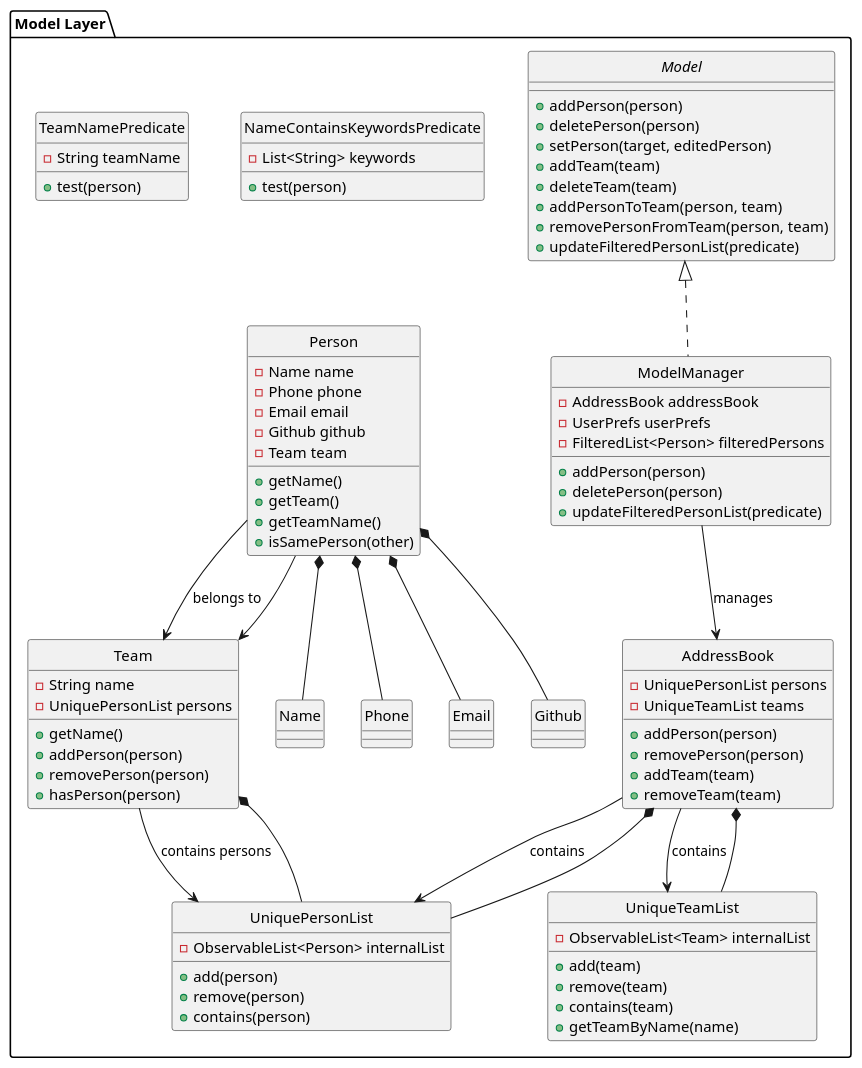
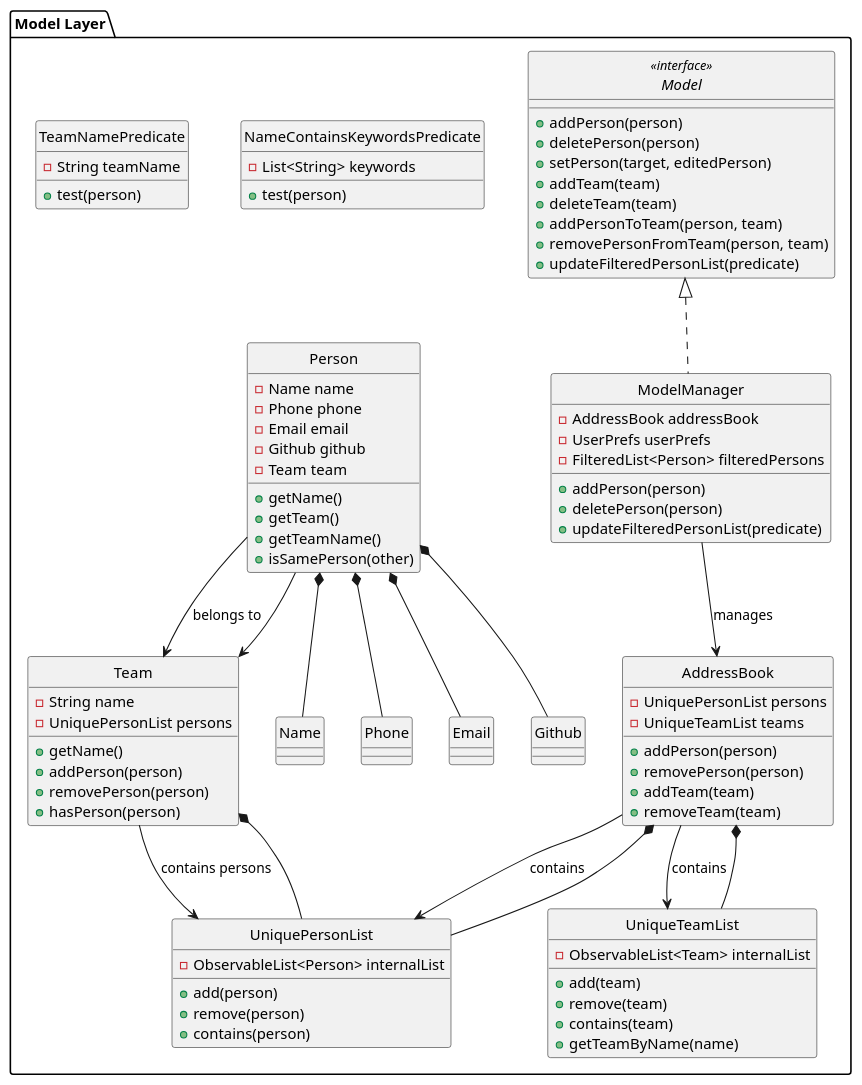
One commit to ziheng119/tp changed the diagram in docs/UML/Model.puml. Above: the diagram before and after it, drawn with PlantUML. The commit also changed 2 other files, not shown here.

Commit message:
Update interface labels

```diff
--- a/docs/UML/Model.puml
+++ b/docs/UML/Model.puml
@@ -1,97 +1,97 @@
 @startuml
 hide circle
 
 package "Model Layer" as Model {
-    interface Model {
+    interface Model <<interface>> {
         +addPerson(person)
         +deletePerson(person)
         +setPerson(target, editedPerson)
         +addTeam(team)
         +deleteTeam(team)
         +addPersonToTeam(person, team)
         +removePersonFromTeam(person, team)
         +updateFilteredPersonList(predicate)
     }
 
     class ModelManager {
         -AddressBook addressBook
         -UserPrefs userPrefs
         -FilteredList<Person> filteredPersons
         +addPerson(person)
         +deletePerson(person)
         +updateFilteredPersonList(predicate)
     }
 
     class AddressBook {
         -UniquePersonList persons
         -UniqueTeamList teams
         +addPerson(person)
         +removePerson(person)
         +addTeam(team)
         +removeTeam(team)
     }
 
     class Person {
         -Name name
         -Phone phone
         -Email email
         -Github github
         -Team team
         +getName()
         +getTeam()
         +getTeamName()
         +isSamePerson(other)
     }
 
     class Team {
         -String name
         -UniquePersonList persons
         +getName()
         +addPerson(person)
         +removePerson(person)
         +hasPerson(person)
     }
 
     class UniquePersonList {
         -ObservableList<Person> internalList
         +add(person)
         +remove(person)
         +contains(person)
     }
 
     class UniqueTeamList {
         -ObservableList<Team> internalList
         +add(team)
         +remove(team)
         +contains(team)
         +getTeamByName(name)
     }
 
     class NameContainsKeywordsPredicate {
         -List<String> keywords
         +test(person)
     }
 
     class TeamNamePredicate {
         -String teamName
         +test(person)
     }
 
     ModelManager .up.|> Model
     ModelManager --> AddressBook : manages
     AddressBook --> UniquePersonList : contains
     AddressBook --> UniqueTeamList : contains
     Person --> Team : belongs to
     Team --> UniquePersonList : contains persons
 
     ' Model relationships
     AddressBook *-- UniquePersonList
     AddressBook *-- UniqueTeamList
     Person *-- Name
     Person *-- Phone
     Person *-- Email
     Person *-- Github
     Person --> Team
     Team *-- UniquePersonList
 }
 @enduml
```
